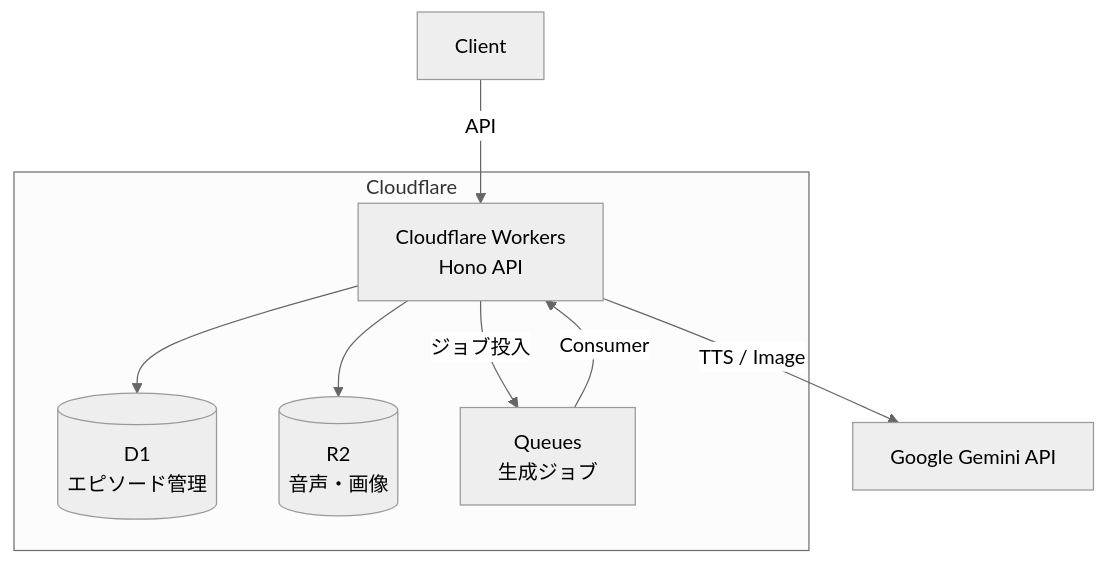
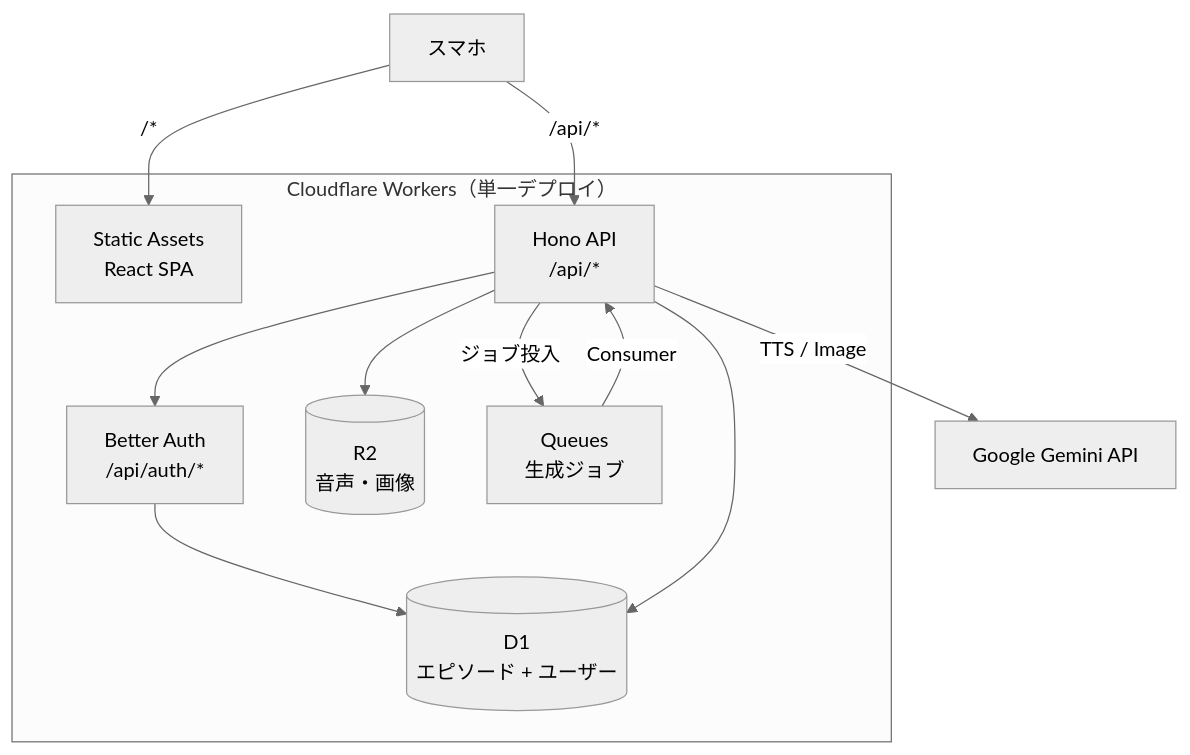
One commit to Eiji-Kudo/my-services changed the first of 2 diagrams in ai-cast/plan-cloudflare-deploy.md. Above: the diagram before and after it, drawn with Mermaid (neutral theme). The commit also changed other lines of this file, not shown here.

Commit message:
feat: update Cloudflare deployment plan to include React SPA and Better Auth integration

````diff
--- a/ai-cast/plan-cloudflare-deploy.md
+++ b/ai-cast/plan-cloudflare-deploy.md
@@ -27,16 +28,21 @@
 ```mermaid
 graph TB
-    subgraph Cloudflare
-        Workers[Cloudflare Workers<br/>Hono API]
-        D1[(D1<br/>エピソード管理)]
+    subgraph "Cloudflare Workers（単一デプロイ）"
+        Assets[Static Assets<br/>React SPA]
+        Hono[Hono API<br/>/api/*]
+        Auth[Better Auth<br/>/api/auth/*]
+        D1[(D1<br/>エピソード + ユーザー)]
         R2[(R2<br/>音声・画像)]
         Queue[Queues<br/>生成ジョブ]
     end
 
-    Client -->|API| Workers
-    Workers --> D1
-    Workers --> R2
-    Workers -->|ジョブ投入| Queue
-    Queue -->|Consumer| Workers
-    Workers -->|TTS / Image| GeminiAPI[Google Gemini API]
+    Mobile[スマホ] -->|"/*"| Assets
+    Mobile -->|"/api/*"| Hono
+    Hono --> Auth
+    Auth --> D1
+    Hono --> D1
+    Hono --> R2
+    Hono -->|ジョブ投入| Queue
+    Queue -->|Consumer| Hono
+    Hono -->|TTS / Image| GeminiAPI[Google Gemini API]
 ```
````
